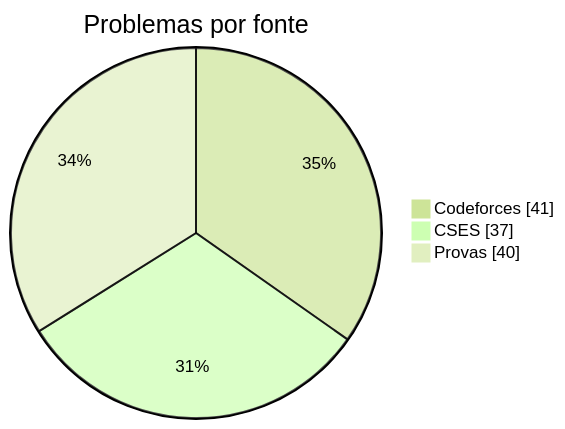
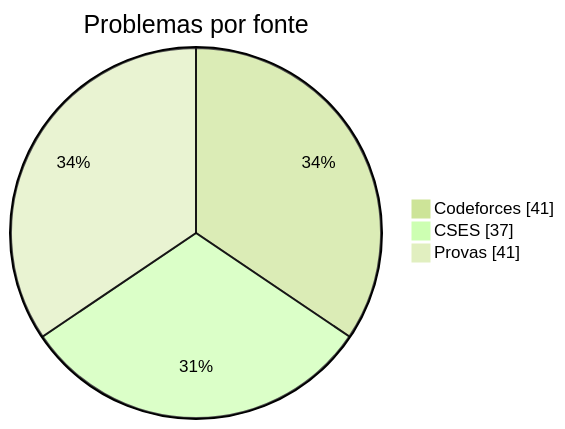
One commit to hiroshimurosaki/vibe-coders changed the first of 3 diagrams in README.md. Above: the diagram before and after it, drawn with Mermaid (forest theme). The commit also changed other lines of this file, not shown here.

````diff
--- a/README.md
+++ b/README.md
@@ -40,7 +40,7 @@
 ```mermaid
 pie showData
     title Problemas por fonte
     "Codeforces" : 41
     "CSES" : 37
-    "Provas" : 40
+    "Provas" : 41
 ```
````
